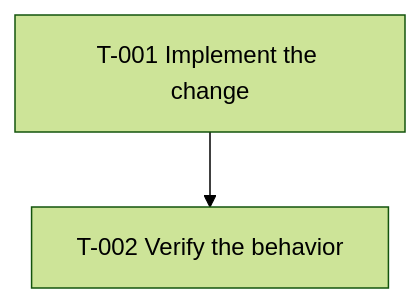
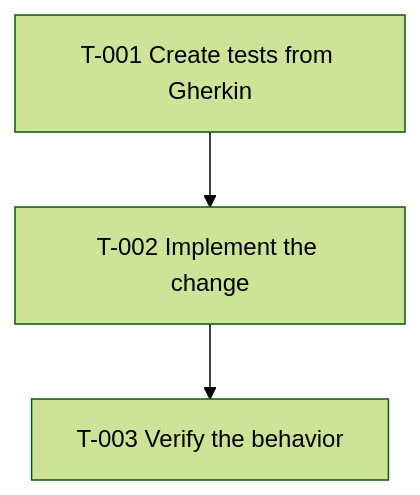
Before and after one commit to b-chua-student/theseus: the diagram in specs/templates/tasks.md, drawn with Mermaid (forest theme). The commit also changed other lines of this file, not shown here.

````diff
--- a/specs/templates/tasks.md
+++ b/specs/templates/tasks.md
@@ -7,6 +7,8 @@
 ```mermaid
 flowchart TD
-    T001["T-001 Implement the change"]
-    T002["T-002 Verify the behavior"]
+    T001["T-001 Create tests from Gherkin"]
+    T002["T-002 Implement the change"]
+    T003["T-003 Verify the behavior"]
     T001 --> T002
+    T002 --> T003
 ```
````
